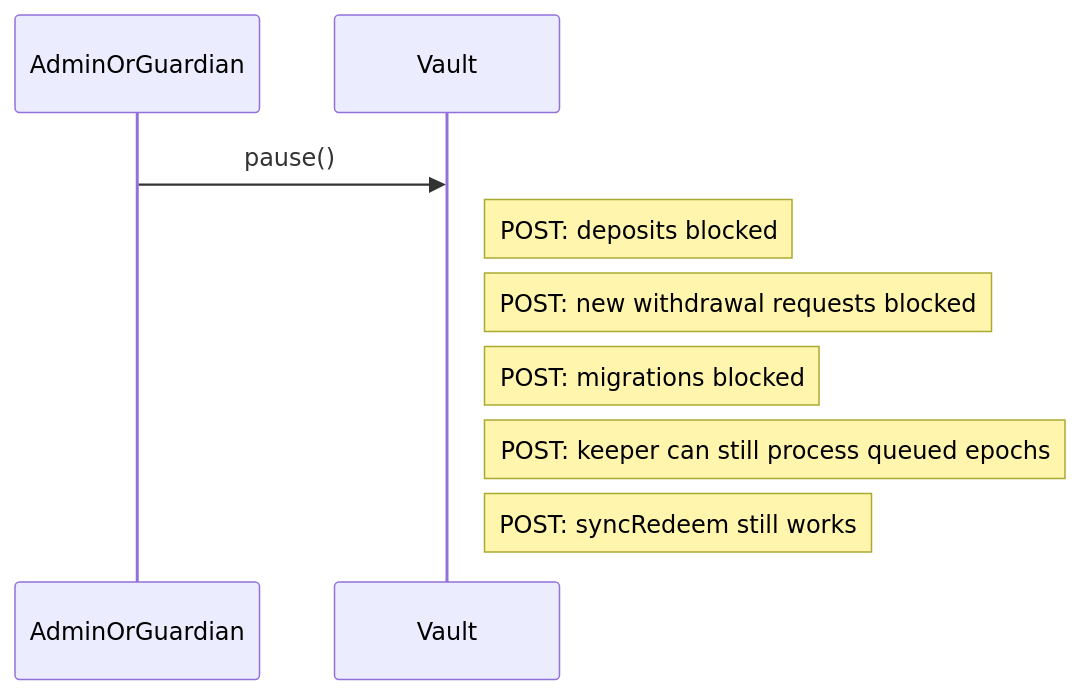
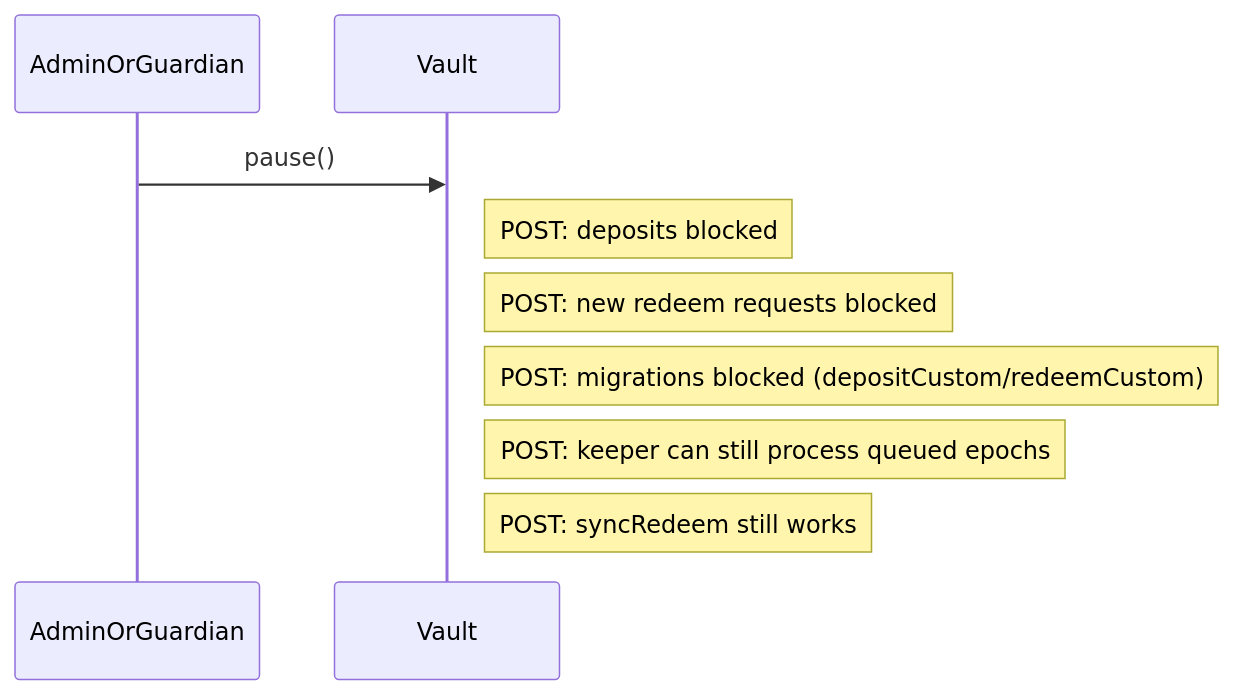
Diagram 14 of 17 in docs/architecture/call-diagrams.md (evgenynacu/leverage-vaults), drawn with Mermaid before and after one commit. The commit also changed other lines of this file and 10 other files, not shown here.

````diff
--- a/docs/architecture/call-diagrams.md
+++ b/docs/architecture/call-diagrams.md
@@ -260,9 +294,9 @@
 ```mermaid
 sequenceDiagram
     AdminOrGuardian->>Vault: pause()
     note right of Vault: POST: deposits blocked
-    note right of Vault: POST: new withdrawal requests blocked
-    note right of Vault: POST: migrations blocked
+    note right of Vault: POST: new redeem requests blocked
+    note right of Vault: POST: migrations blocked (depositCustom/redeemCustom)
     note right of Vault: POST: keeper can still process queued epochs
     note right of Vault: POST: syncRedeem still works
 ```
````
